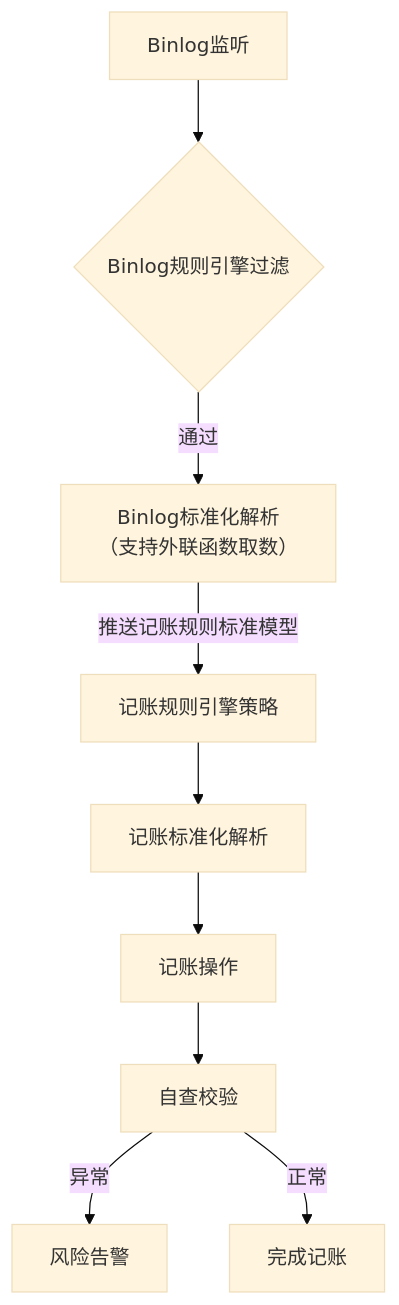
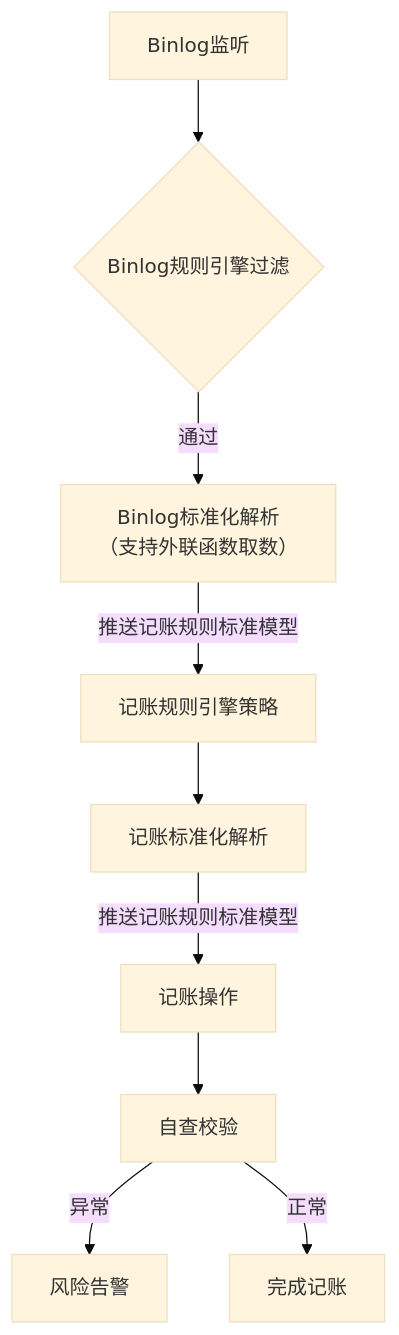
Before and after one commit to 87828943/iodraw-files: the diagram in all/架构流程.md, drawn with Mermaid (base theme).

Commit message:
2025-07-07 11:27:47 update

````diff
--- a/all/架构流程.md
+++ b/all/架构流程.md
@@ -1,12 +1,12 @@
 ```mermaid
 graph TD
     A[Binlog监听] --> B{Binlog规则引擎过滤}
     B -->|通过| C[Binlog标准化解析
     （支持外联函数取数）]
     C --> |推送记账规则标准模型|D[记账规则引擎策略]
     D --> E[记账标准化解析]
-    E --> F[记账操作]
+    E --> |推送记账规则标准模型|F[记账操作]
     F --> G[自查校验]
     G -->|异常| H[风险告警]
     G -->|正常| I[完成记账]
 ```
````
